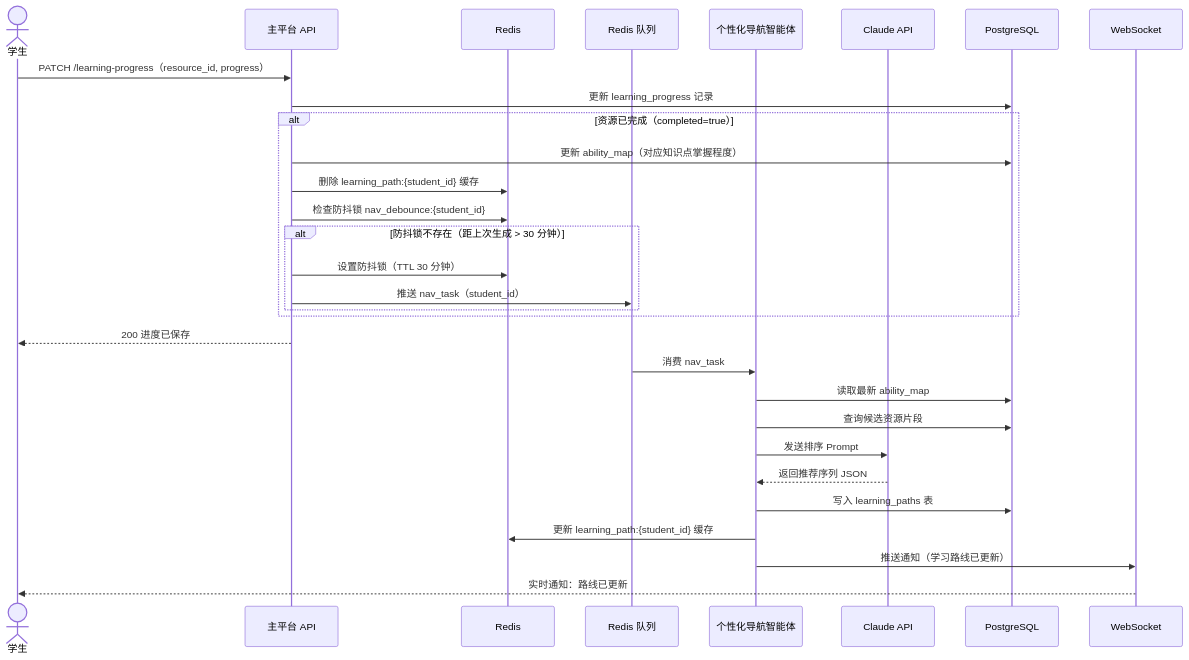
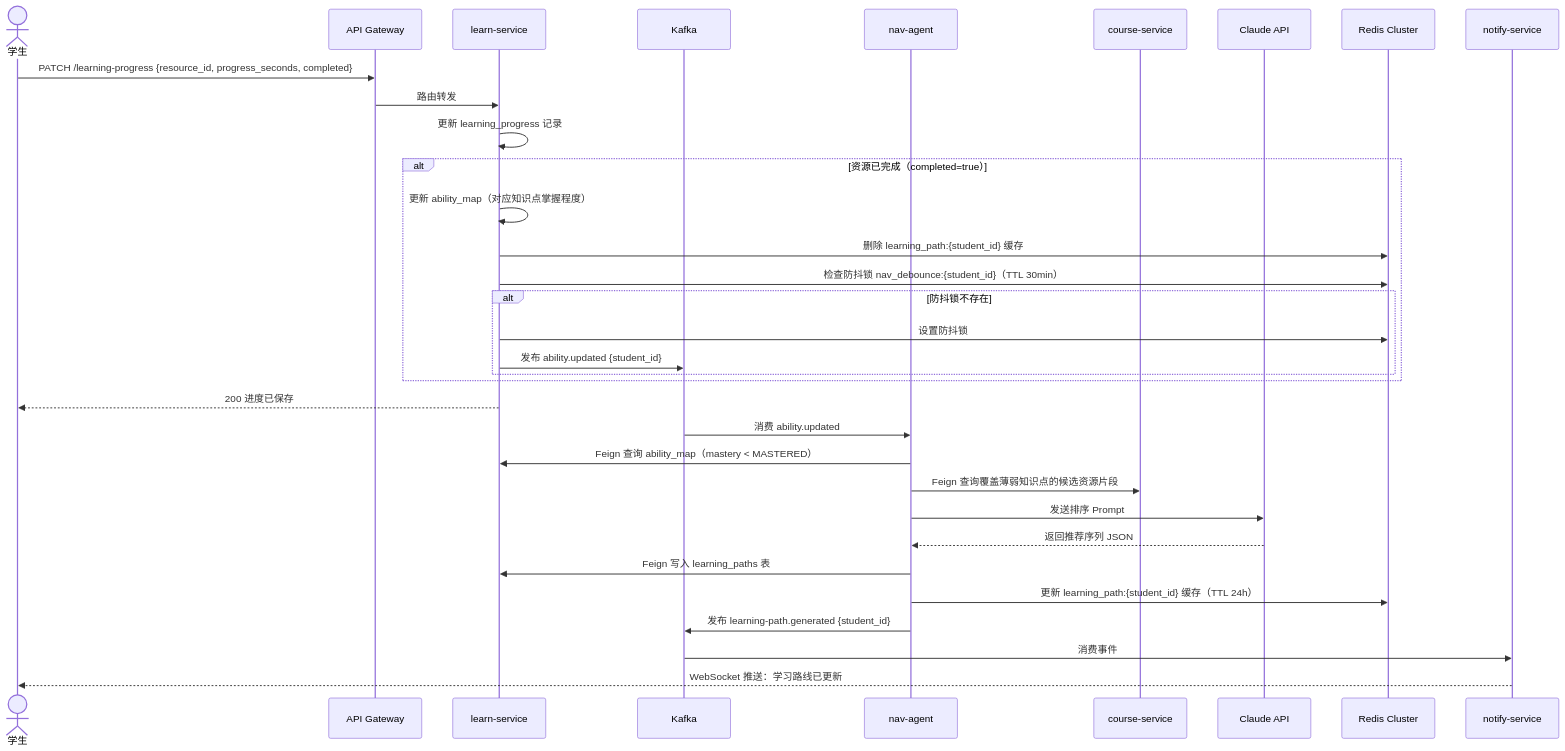
Before and after one commit to xice-1201/CloudTeachingAI: diagram 17 of 20 in docs/design/SDD-CloudTeachingAI.md, drawn with Mermaid. The commit also changed other lines of this file, not shown here.

````diff
--- a/docs/design/SDD-CloudTeachingAI.md
+++ b/docs/design/SDD-CloudTeachingAI.md
@@ -1119,35 +1444,38 @@
 ```mermaid
 sequenceDiagram
     actor Student as 学生
-    participant API as 主平台 API
-    participant Redis as Redis
-    participant Queue as Redis 队列
-    participant NavAgent as 个性化导航智能体
+    participant GW as API Gateway
+    participant Learn as learn-service
+    participant Kafka as Kafka
+    participant NavAgent as nav-agent
+    participant Course as course-service
     participant Claude as Claude API
-    participant DB as PostgreSQL
-    participant WS as WebSocket
+    participant Redis as Redis Cluster
+    participant Notify as notify-service
 
-    Student->>API: PATCH /learning-progress（resource_id, progress）
-    API->>DB: 更新 learning_progress 记录
+    Student->>GW: PATCH /learning-progress {resource_id, progress_seconds, completed}
+    GW->>Learn: 路由转发
+    Learn->>Learn: 更新 learning_progress 记录
     alt 资源已完成（completed=true）
-        API->>DB: 更新 ability_map（对应知识点掌握程度）
-        API->>Redis: 删除 learning_path:{student_id} 缓存
-        API->>Redis: 检查防抖锁 nav_debounce:{student_id}
-        alt 防抖锁不存在（距上次生成 > 30 分钟）
-            API->>Redis: 设置防抖锁（TTL 30 分钟）
-            API->>Queue: 推送 nav_task（student_id）
+        Learn->>Learn: 更新 ability_map（对应知识点掌握程度）
+        Learn->>Redis: 删除 learning_path:{student_id} 缓存
+        Learn->>Redis: 检查防抖锁 nav_debounce:{student_id}（TTL 30min）
+        alt 防抖锁不存在
+            Learn->>Redis: 设置防抖锁
+            Learn->>Kafka: 发布 ability.updated {student_id}
         end
     end
-    API-->>Student: 200 进度已保存
+    Learn-->>Student: 200 进度已保存
 
-    Queue->>NavAgent: 消费 nav_task
-    NavAgent->>DB: 读取最新 ability_map
-    NavAgent->>DB: 查询候选资源片段
+    Kafka->>NavAgent: 消费 ability.updated
+    NavAgent->>Learn: Feign 查询 ability_map（mastery < MASTERED）
+    NavAgent->>Course: Feign 查询覆盖薄弱知识点的候选资源片段
     NavAgent->>Claude: 发送排序 Prompt
     Claude-->>NavAgent: 返回推荐序列 JSON
-    NavAgent->>DB: 写入 learning_paths 表
-    NavAgent->>Redis: 更新 learning_path:{student_id} 缓存
+    NavAgent->>Learn: Feign 写入 learning_paths 表
+    NavAgent->>Redis: 更新 learning_path:{student_id} 缓存（TTL 24h）
+    NavAgent->>Kafka: 发布 learning-path.generated {student_id}
 
-    NavAgent->>WS: 推送通知（学习路线已更新）
-    WS-->>Student: 实时通知：路线已更新
+    Kafka->>Notify: 消费事件
+    Notify-->>Student: WebSocket 推送：学习路线已更新
 ```
````
